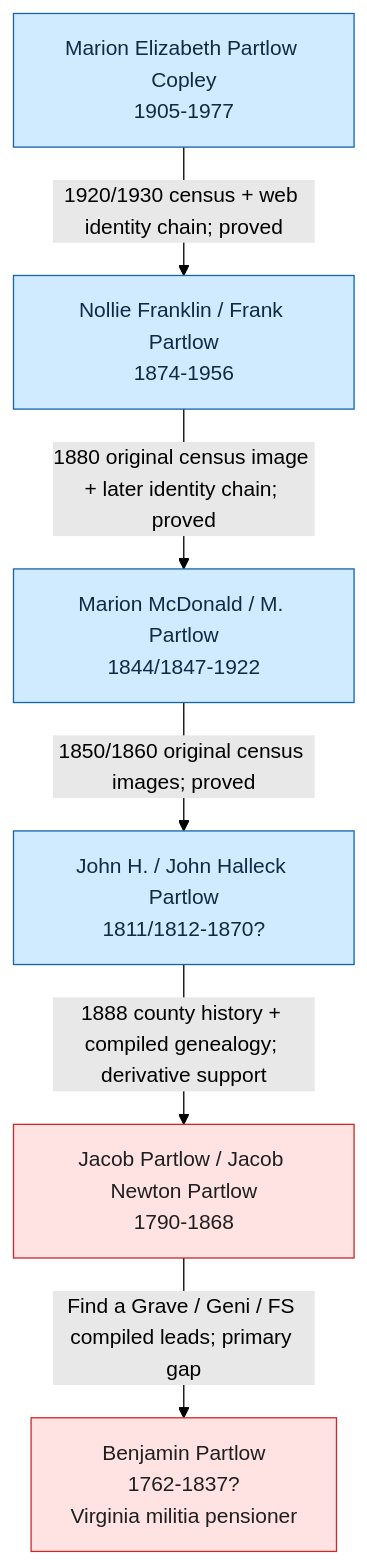
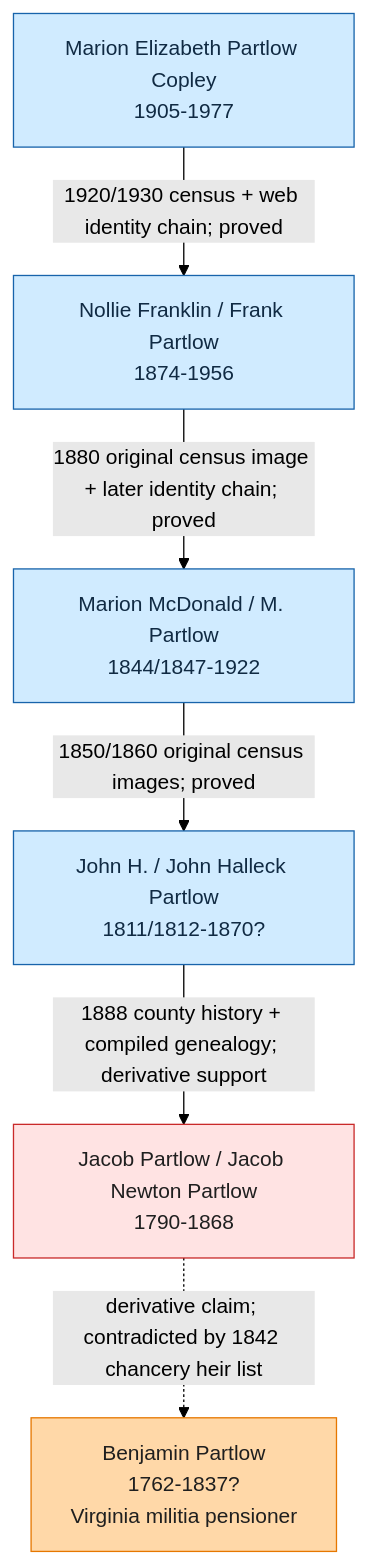
One commit to zcopley/copley-family-research changed the first of 2 diagrams in RQ-P1-PARTLOW-REVOLUTIONARY-LINE.md. Above: the diagram before and after it, drawn with Mermaid (forest theme). The commit also changed other lines of this file and 18 other files, not shown here.

````diff
--- a/RQ-P1-PARTLOW-REVOLUTIONARY-LINE.md
+++ b/RQ-P1-PARTLOW-REVOLUTIONARY-LINE.md
@@ -39,22 +43,24 @@
 ```mermaid
 graph TD
     ME["Marion Elizabeth Partlow Copley<br/>1905-1977"]
     NF["Nollie Franklin / Frank Partlow<br/>1874-1956"]
     MM["Marion McDonald / M. Partlow<br/>1844/1847-1922"]
     JH["John H. / John Halleck Partlow<br/>1811/1812-1870?"]
     JP["Jacob Partlow / Jacob Newton Partlow<br/>1790-1868"]
     BP["Benjamin Partlow<br/>1762-1837?<br/>Virginia militia pensioner"]
 
     ME -->|"1920/1930 census + web identity chain; proved"| NF
     NF -->|"1880 original census image + later identity chain; proved"| MM
     MM -->|"1850/1860 original census images; proved"| JH
     JH -->|"1888 county history + compiled genealogy; derivative support"| JP
-    JP -->|"Find a Grave / Geni / FS compiled leads; primary gap"| BP
+    JP -. "derivative claim; contradicted by 1842 chancery heir list" .-> BP
 
     class ME,NF,MM,JH censusLead
-    class JP,BP proofGap
+    class JP proofGap
+    class BP contradicted
 
     classDef familySource fill:#fff3bf,stroke:#8a6d00,color:#1f1f1f;
     classDef censusLead fill:#d0ebff,stroke:#1864ab,color:#102a43;
     classDef proofGap fill:#ffe3e3,stroke:#c92a2a,color:#1f1f1f;
+    classDef contradicted fill:#ffd8a8,stroke:#e67700,color:#1f1f1f;
 ```
````
